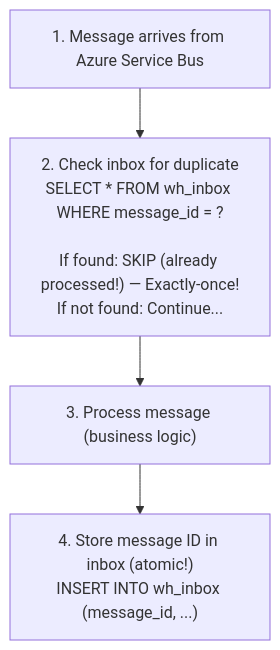
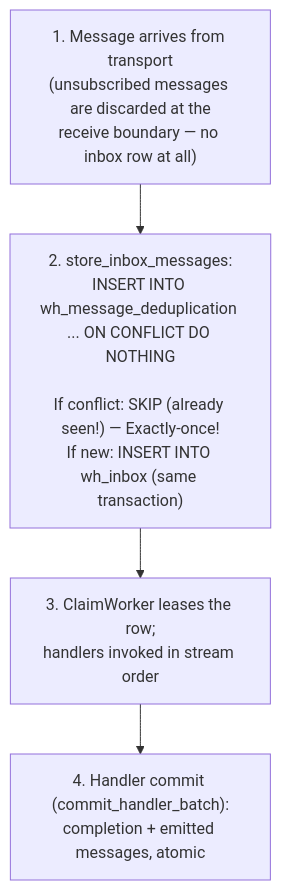
Before and after one commit to whizbang-lib/whizbang-lib.github.io: the first of 3 diagrams in src/assets/docs/v1.0.0/messaging/inbox-pattern.md, drawn with Mermaid. The commit also changed other lines of this file and 14 other files, not shown here.

````diff
--- a/src/assets/docs/v1.0.0/messaging/inbox-pattern.md
+++ b/src/assets/docs/v1.0.0/messaging/inbox-pattern.md
@@ -57,15 +66,15 @@
 ```mermaid
 flowchart TD
-    S1["1. Message arrives from Azure Service Bus"]
-    S2["2. Check inbox for duplicate<br/>SELECT * FROM wh_inbox WHERE message_id = ?<br/><br/>If found: SKIP (already processed!) — Exactly-once!<br/>If not found: Continue..."]
-    S3["3. Process message (business logic)"]
-    S4["4. Store message ID in inbox (atomic!)<br/>INSERT INTO wh_inbox (message_id, ...)"]
+    S1["1. Message arrives from transport<br/>(unsubscribed messages are discarded at the<br/>receive boundary — no inbox row at all)"]
+    S2["2. store_inbox_messages:<br/>INSERT INTO wh_message_deduplication ... ON CONFLICT DO NOTHING<br/><br/>If conflict: SKIP (already seen!) — Exactly-once!<br/>If new: INSERT INTO wh_inbox (same transaction)"]
+    S3["3. ClaimWorker leases the row;<br/>handlers invoked in stream order"]
+    S4["4. Handler commit (commit_handler_batch):<br/>completion + emitted messages, atomic"]
 
     S1 --> S2
     S2 --> S3
     S3 --> S4
 
     class S1,S2 layer-command
     class S3 layer-core
     class S4 layer-event
 ```
````
